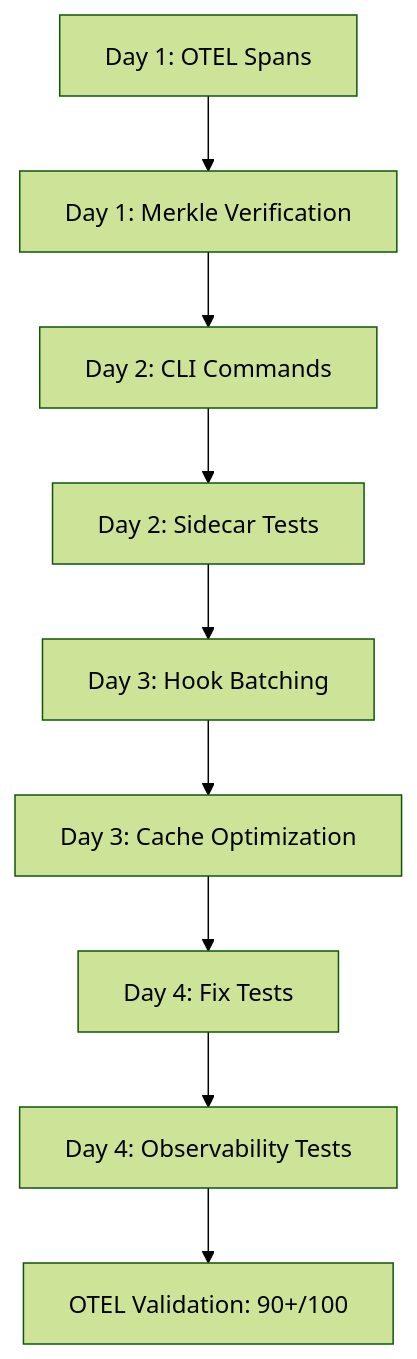
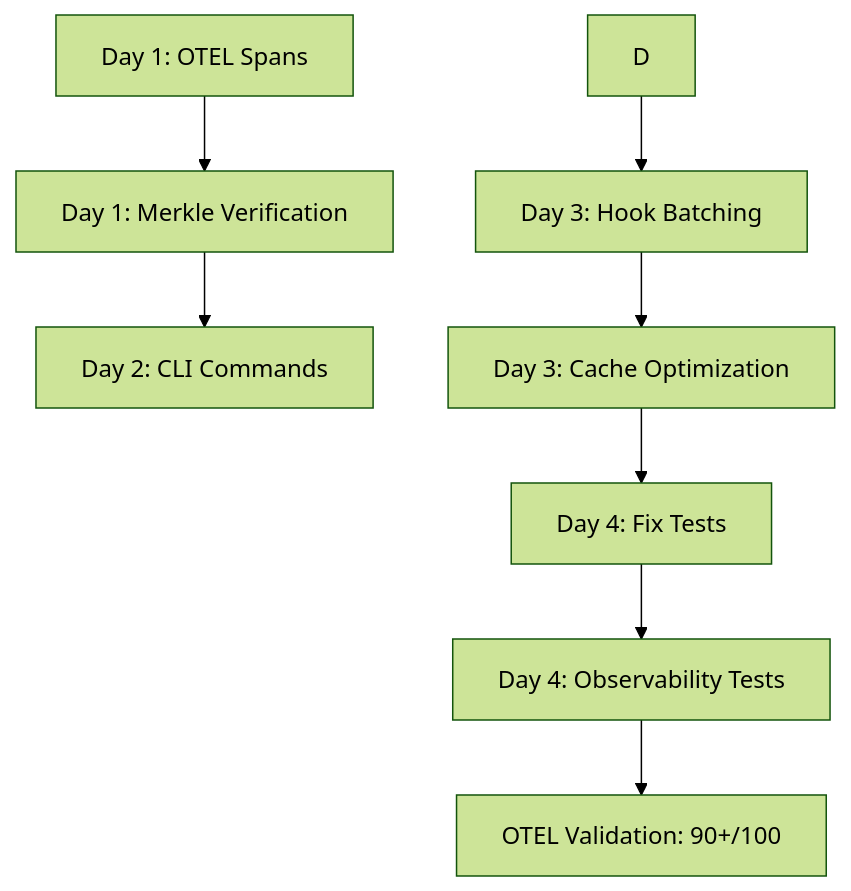
Before and after one commit to seanchatmangpt/unrdf: the diagram in docs/archive/v2.4.0-implementation-plan.md, drawn with Mermaid (forest theme). The commit also changed other lines of this file and 240 other files, not shown here.

````diff
--- a/docs/archive/v2.4.0-implementation-plan.md
+++ b/docs/archive/v2.4.0-implementation-plan.md
@@ -560,11 +553,10 @@
 ```mermaid
 graph TD
     A[Day 1: OTEL Spans] --> B[Day 1: Merkle Verification]
     B --> C[Day 2: CLI Commands]
-    C --> D[Day 2: Sidecar Tests]
     D --> E[Day 3: Hook Batching]
     E --> F[Day 3: Cache Optimization]
     F --> G[Day 4: Fix Tests]
     G --> H[Day 4: Observability Tests]
     H --> I[OTEL Validation: 90+/100]
 ```
````
